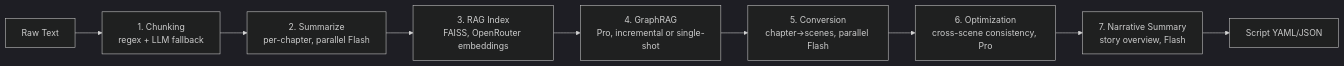
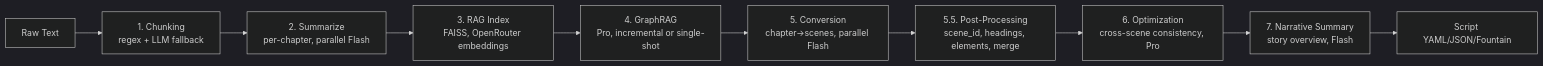
Before and after one commit to Dinosaur-MC/NovelScript: diagram 13 of 19 in docs/business-logic.md, drawn with Mermaid (dark theme). The commit also changed other lines of this file and 2 other files, not shown here.

````diff
--- a/docs/business-logic.md
+++ b/docs/business-logic.md
@@ -700,11 +700,12 @@
 ```mermaid
 flowchart LR
     A[Raw Text] --> B[1. Chunking<br/>regex + LLM fallback]
     B --> C[2. Summarize<br/>per-chapter, parallel Flash]
     C --> D[3. RAG Index<br/>FAISS, OpenRouter embeddings]
     D --> E[4. GraphRAG<br/>Pro, incremental or single-shot]
     E --> F[5. Conversion<br/>chapter→scenes, parallel Flash]
-    F --> G[6. Optimization<br/>cross-scene consistency, Pro]
+    F --> P[5.5. Post-Processing<br/>scene_id, headings, elements, merge]
+    P --> G[6. Optimization<br/>cross-scene consistency, Pro]
     G --> H[7. Narrative Summary<br/>story overview, Flash]
-    H --> I[Script YAML/JSON]
+    H --> I[Script YAML/JSON/Fountain]
 ```
````
